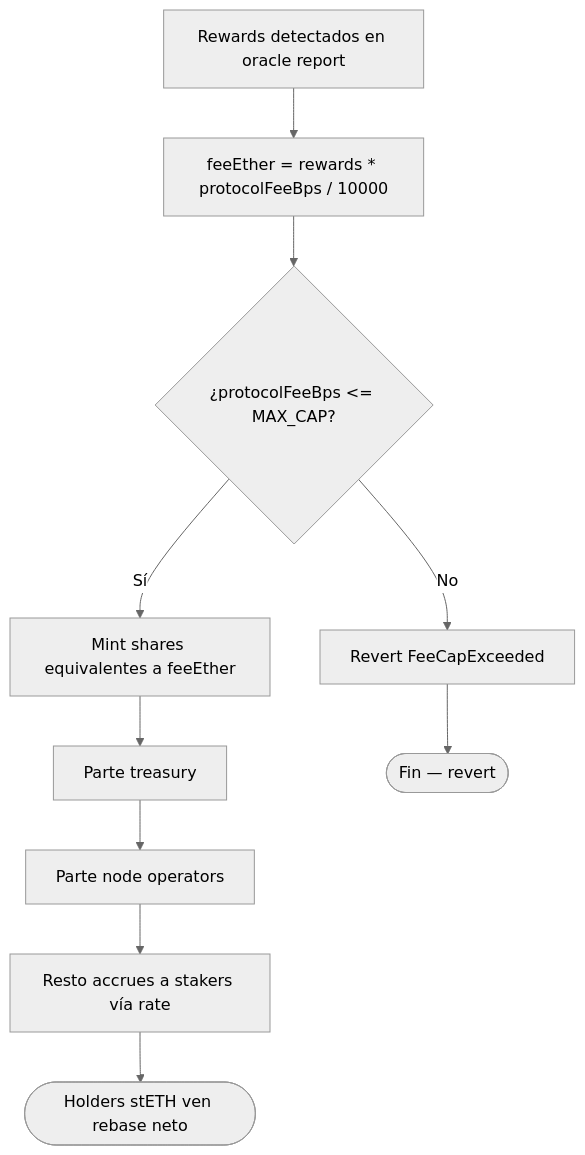
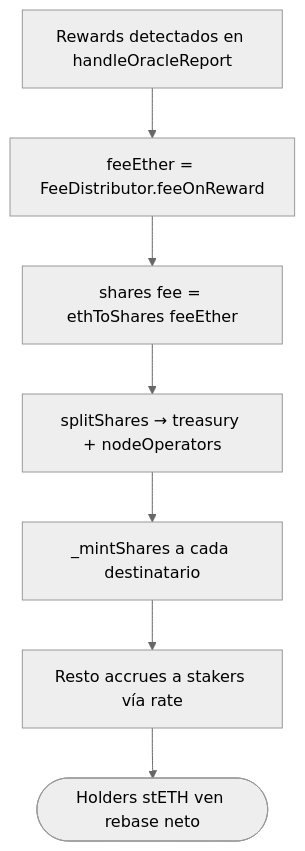
The sixth of 6 diagrams in doc/diagrama-de-flujo.md (rastrahm/liquid-staking-protocol), drawn with Mermaid (neutral theme) before and after one commit. The commit also changed other lines of this file and 12 other files, not shown here.

````diff
--- a/doc/diagrama-de-flujo.md
+++ b/doc/diagrama-de-flujo.md
@@ -143,12 +145,9 @@
 ```mermaid
 flowchart TD
-    A[Rewards detectados en oracle report] --> B[feeEther = rewards * protocolFeeBps / 10000]
-    B --> C{¿protocolFeeBps <= MAX_CAP?}
-    C -->|No| Z0[Revert FeeCapExceeded]
-    C -->|Sí| D[Mint shares equivalentes a feeEther]
-    D --> E[Parte treasury]
-    E --> F[Parte node operators]
-    F --> G[Resto accrues a stakers vía rate]
-    G --> Ok([Holders stETH ven rebase neto])
-    Z0 --> End([Fin — revert])
+    A[Rewards detectados en handleOracleReport] --> B[feeEther = FeeDistributor.feeOnReward]
+    B --> C[shares fee = ethToShares feeEther]
+    C --> D[splitShares → treasury + nodeOperators]
+    D --> E[_mintShares a cada destinatario]
+    E --> F[Resto accrues a stakers vía rate]
+    F --> Ok([Holders stETH ven rebase neto])
 ```
````
